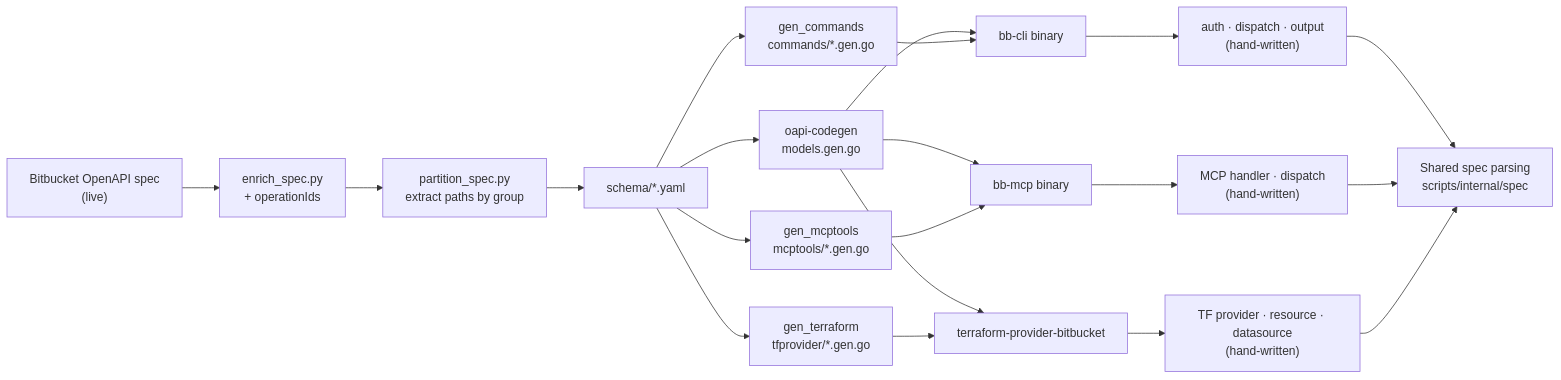
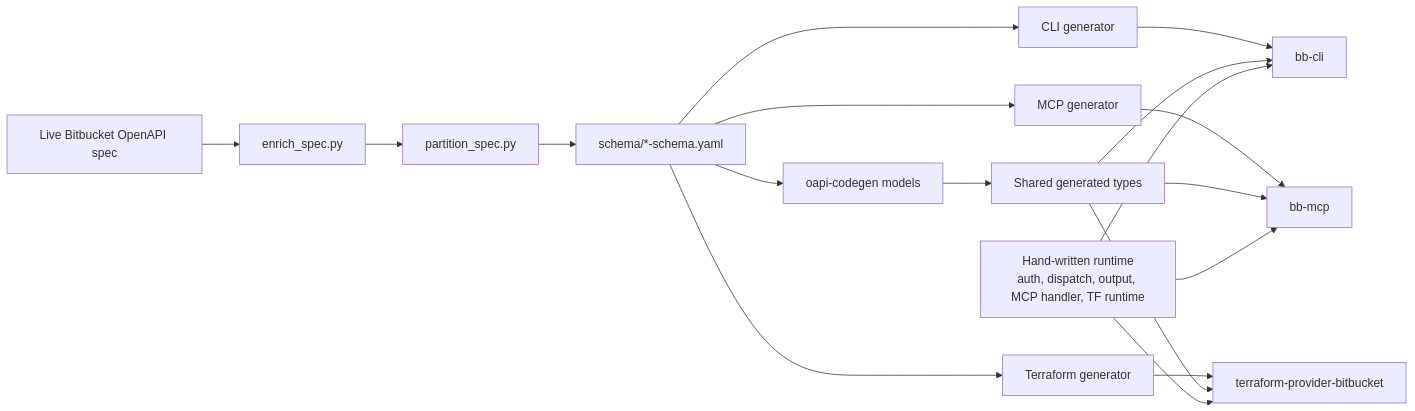
The first of 2 diagrams in README.md (FabianSchurig/bitbucket-cli), drawn with Mermaid before and after one commit. The commit also changed other lines of this file and 2 other files, not shown here.

````diff
--- a/README.md
+++ b/README.md
@@ -22,17 +37,20 @@
 ```mermaid
 flowchart LR
-    A["Bitbucket OpenAPI spec\n(live)"] --> B["enrich_spec.py\n+ operationIds"]
-    B --> C["partition_spec.py\nextract paths by group"]
-    C --> D["schema/*.yaml"]
-    D --> E["oapi-codegen\nmodels.gen.go"]
-    D --> F["gen_commands\ncommands/*.gen.go"]
-    D --> G["gen_mcptools\nmcptools/*.gen.go"]
-    D --> TF["gen_terraform\ntfprovider/*.gen.go"]
-    E & F --> H["bb-cli binary"]
-    E & G --> I["bb-mcp binary"]
-    E & TF --> P["terraform-provider-bitbucket"]
-    H --> J["auth · dispatch · output\n(hand-written)"]
-    I --> K["MCP handler · dispatch\n(hand-written)"]
-    P --> M["TF provider · resource · datasource\n(hand-written)"]
-    J & K & M --> L["Shared spec parsing\nscripts/internal/spec"]
+    A[Live Bitbucket OpenAPI spec] --> B[enrich_spec.py]
+    B --> C[partition_spec.py]
+    C --> D[schema/*-schema.yaml]
+    D --> E[oapi-codegen models]
+    D --> F[CLI generator]
+    D --> G[MCP generator]
+    D --> H[Terraform generator]
+    E --> I[Shared generated types]
+    F --> J[bb-cli]
+    G --> K[bb-mcp]
+    H --> L[terraform-provider-bitbucket]
+    I --> J
+    I --> K
+    I --> L
+    M[Hand-written runtime\nauth, dispatch, output, MCP handler, TF runtime] --> J
+    M --> K
+    M --> L
 ```
````
